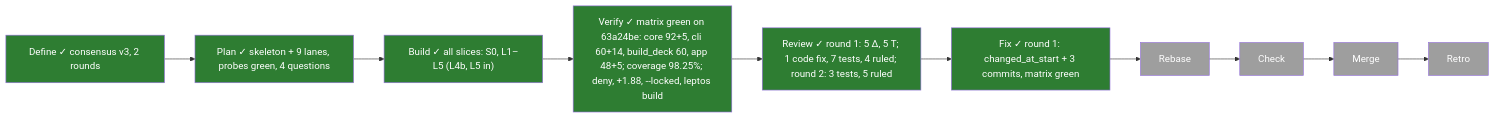
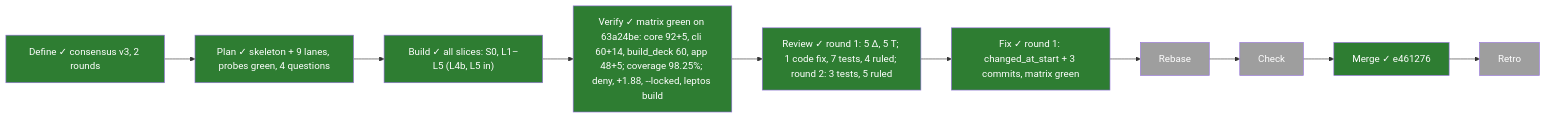
Before and after one commit to PaliCanon/learn-pali: the first of 2 diagrams in .task/002-learn-core.md, drawn with Mermaid. The commit also changed other lines of this file, not shown here.

````diff
--- a/.task/002-learn-core.md
+++ b/.task/002-learn-core.md
@@ -7,8 +7,8 @@
 ```mermaid
 flowchart LR
-  Define["Define ✓ consensus v3, 2 rounds"]:::done --> Plan["Plan ✓ skeleton + 9 lanes, probes green, 4 questions"]:::done --> Build["Build ✓ all slices: S0, L1–L5 (L4b, L5 in)"]:::done --> Verify["Verify ✓ matrix green on 63a24be: core 92+5, cli 60+14, build_deck 60, app 48+5; coverage 98.25%; deny, +1.88, --locked, leptos build"]:::done --> Review["Review ✓ round 1: 5 Δ, 5 T; 1 code fix, 7 tests, 4 ruled; round 2: 3 tests, 5 ruled"]:::done --> Fix["Fix ✓ round 1: changed_at_start + 3 commits, matrix green"]:::done --> Rebase:::todo --> Check:::todo --> Merge:::todo --> Retro:::todo
+  Define["Define ✓ consensus v3, 2 rounds"]:::done --> Plan["Plan ✓ skeleton + 9 lanes, probes green, 4 questions"]:::done --> Build["Build ✓ all slices: S0, L1–L5 (L4b, L5 in)"]:::done --> Verify["Verify ✓ matrix green on 63a24be: core 92+5, cli 60+14, build_deck 60, app 48+5; coverage 98.25%; deny, +1.88, --locked, leptos build"]:::done --> Review["Review ✓ round 1: 5 Δ, 5 T; 1 code fix, 7 tests, 4 ruled; round 2: 3 tests, 5 ruled"]:::done --> Fix["Fix ✓ round 1: changed_at_start + 3 commits, matrix green"]:::done --> Rebase:::todo --> Check:::todo --> Merge["Merge ✓ e461276"]:::done --> Retro:::todo
   classDef done fill:#2e7d32,color:#fff
   classDef doing fill:#f9a825,color:#000
   classDef todo fill:#9e9e9e,color:#fff
   classDef fail fill:#c62828,color:#fff
 ```
````
